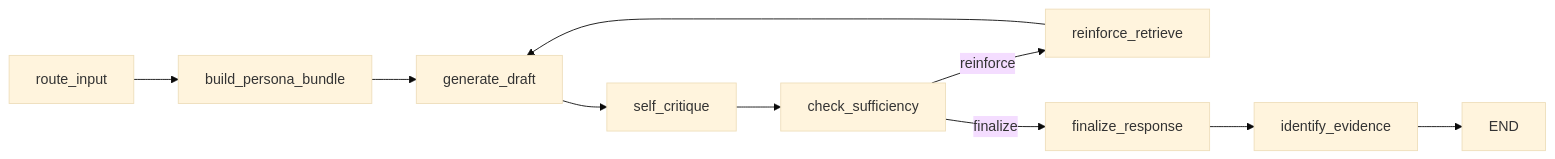
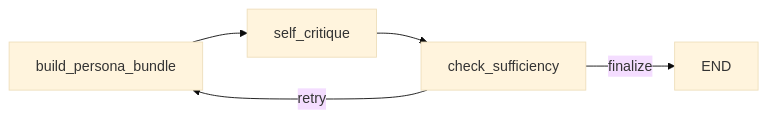
One commit to linkmind-ai/rag-project changed the diagram in README.md. Above: the diagram before and after it, drawn with Mermaid (base theme). The commit also changed other lines of this file and 7 other files, not shown here.

Commit message:
refactor: simplify persona self-rag flow

````diff
--- a/README.md
+++ b/README.md
@@ -24,12 +16,7 @@
 ```mermaid
 flowchart LR
-    A[route_input] --> B[build_persona_bundle]
-    B --> C[generate_draft]
-    C --> D[self_critique]
-    D --> E[check_sufficiency]
-    E -->|reinforce| F[reinforce_retrieve]
-    F --> C
-    E -->|finalize| G[finalize_response]
-    G --> H[identify_evidence]
-    H --> I[END]
+    A[build_persona_bundle] --> B[self_critique]
+    B --> C[check_sufficiency]
+    C -->|retry| A
+    C -->|finalize| D[END]
 ```
````
